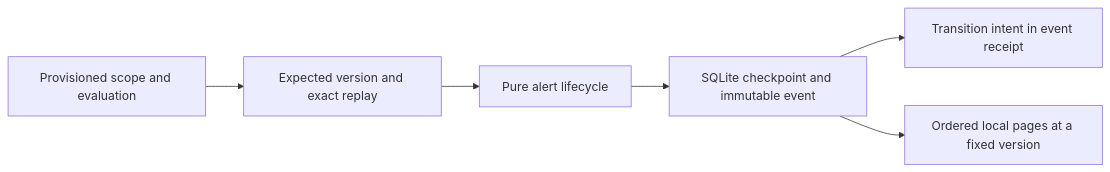
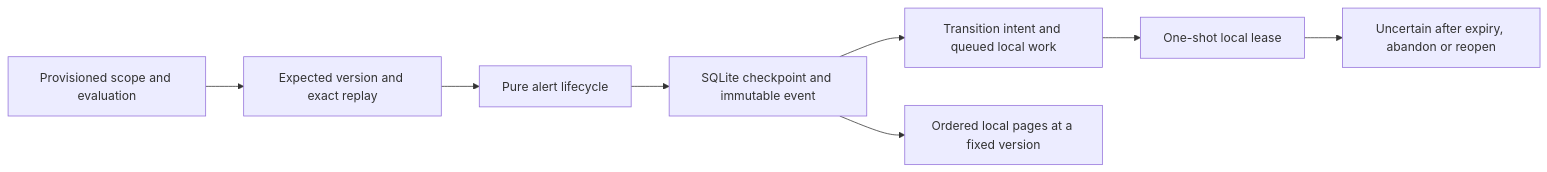
Before and after one commit to kmosoti/FabricO11y: the fourth of 18 diagrams in docs/architecture.md, drawn with Mermaid. The commit also changed other lines of this file and 4 other files, not shown here.

Commit message:
Document local alert intent reservation

````diff
--- a/docs/architecture.md
+++ b/docs/architecture.md
@@ -281,8 +292,10 @@
 ```mermaid
 flowchart LR
     EVAL["Provisioned scope and evaluation"] --> CHECK["Expected version and exact replay"]
     CHECK --> REDUCE["Pure alert lifecycle"]
     REDUCE --> COMMIT["SQLite checkpoint and immutable event"]
-    COMMIT --> INTENT["Transition intent in event receipt"]
+    COMMIT --> INTENT["Transition intent and queued local work"]
+    INTENT --> LEASE["One-shot local lease"]
+    LEASE --> UNCERTAIN["Uncertain after expiry, abandon or reopen"]
     COMMIT --> READ["Ordered local pages at a fixed version"]
 ```
````
